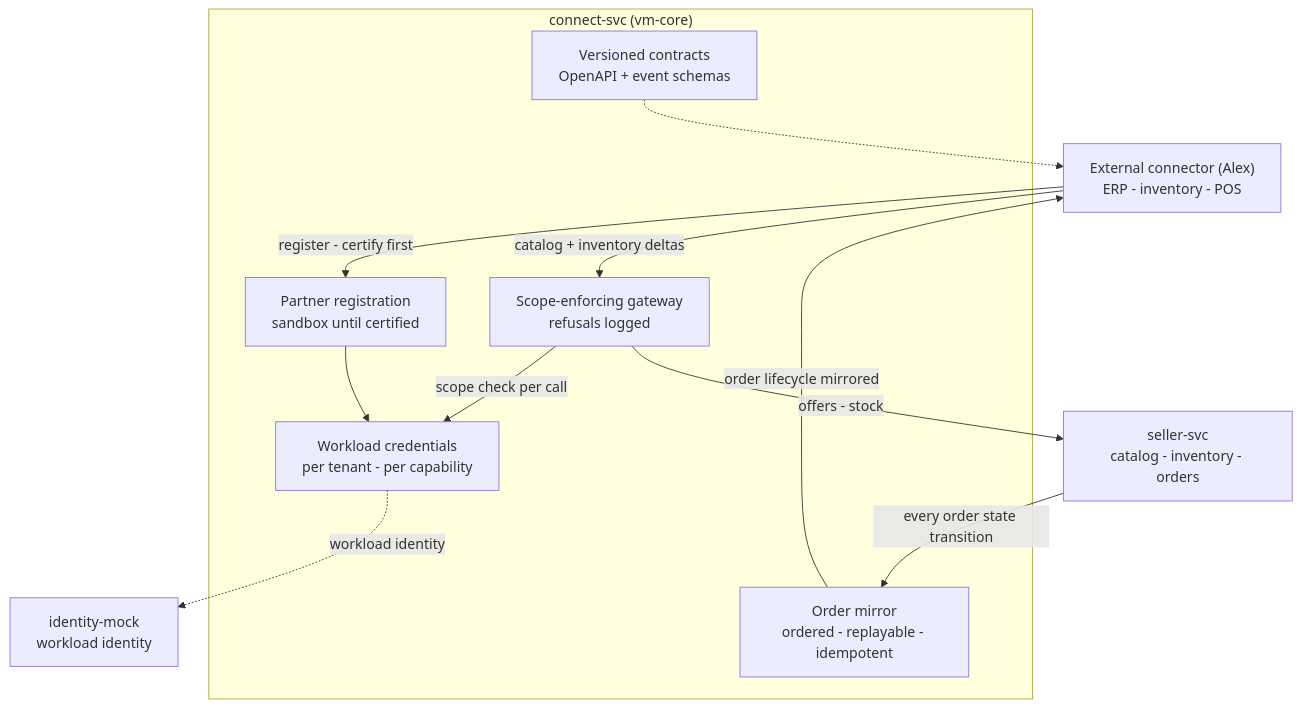
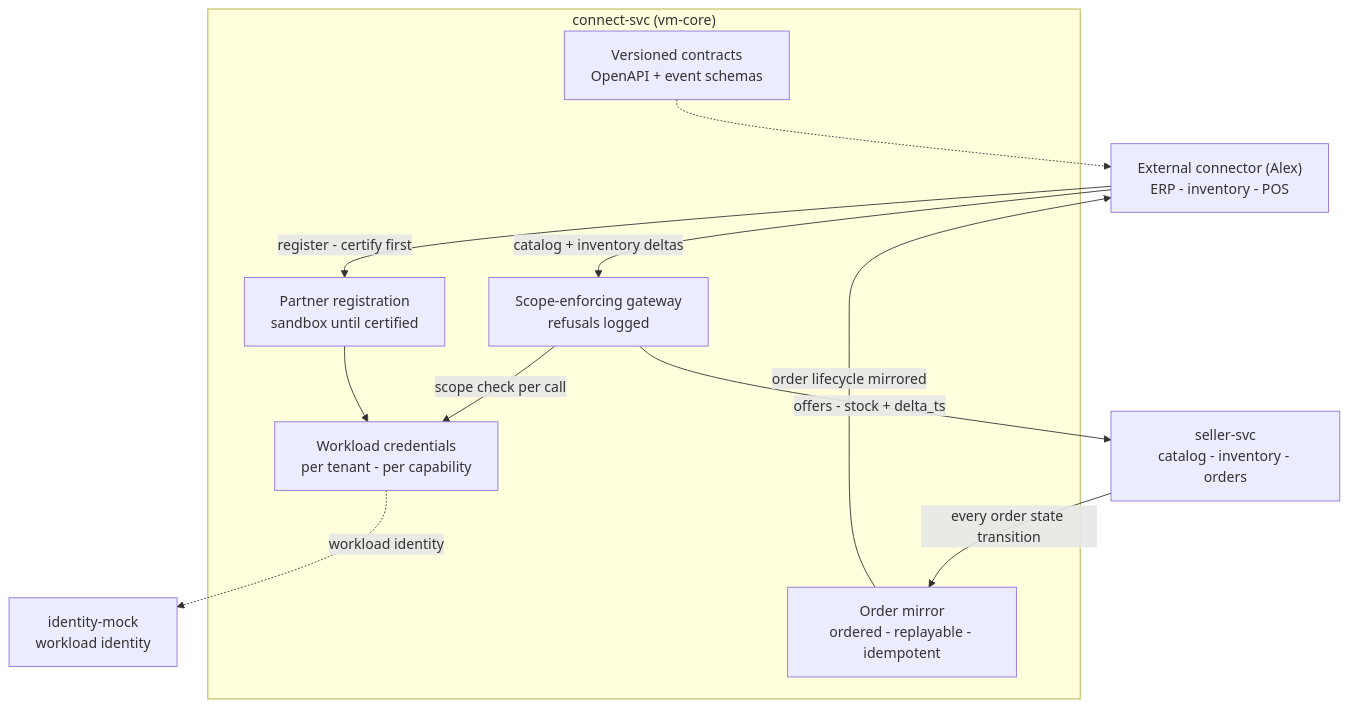
The diagram in plan/design/09-connect.md (alius-git/amisad.dev), drawn with Mermaid before and after one commit. The commit also changed other lines of this file and 53 other files, not shown here.

````diff
--- a/plan/design/09-connect.md
+++ b/plan/design/09-connect.md
@@ -7,23 +7,23 @@
 ```mermaid
 flowchart TD
     subgraph svc["connect-svc (vm-core)"]
         contracts["Versioned contracts<br/>OpenAPI + event schemas"]
         sandbox["Partner registration<br/>sandbox until certified"]
         credentials["Workload credentials<br/>per tenant - per capability"]
         gateway["Scope-enforcing gateway<br/>refusals logged"]
         webhooks["Order mirror<br/>ordered - replayable - idempotent"]
     end
     partner["External connector (Alex)<br/>ERP - inventory - POS"]
     identity["identity-mock<br/>workload identity"]
     seller["seller-svc<br/>catalog - inventory - orders"]
 
     partner -->|"register - certify first"| sandbox
     sandbox --> credentials
     partner -->|"catalog + inventory deltas"| gateway
     gateway -->|"scope check per call"| credentials
     credentials -.->|"workload identity"| identity
-    gateway -->|"offers - stock"| seller
+    gateway -->|"offers - stock + delta_ts"| seller
     seller -->|"every order state transition"| webhooks
     webhooks -->|"order lifecycle mirrored"| partner
     contracts -.-> partner
 ```
````
